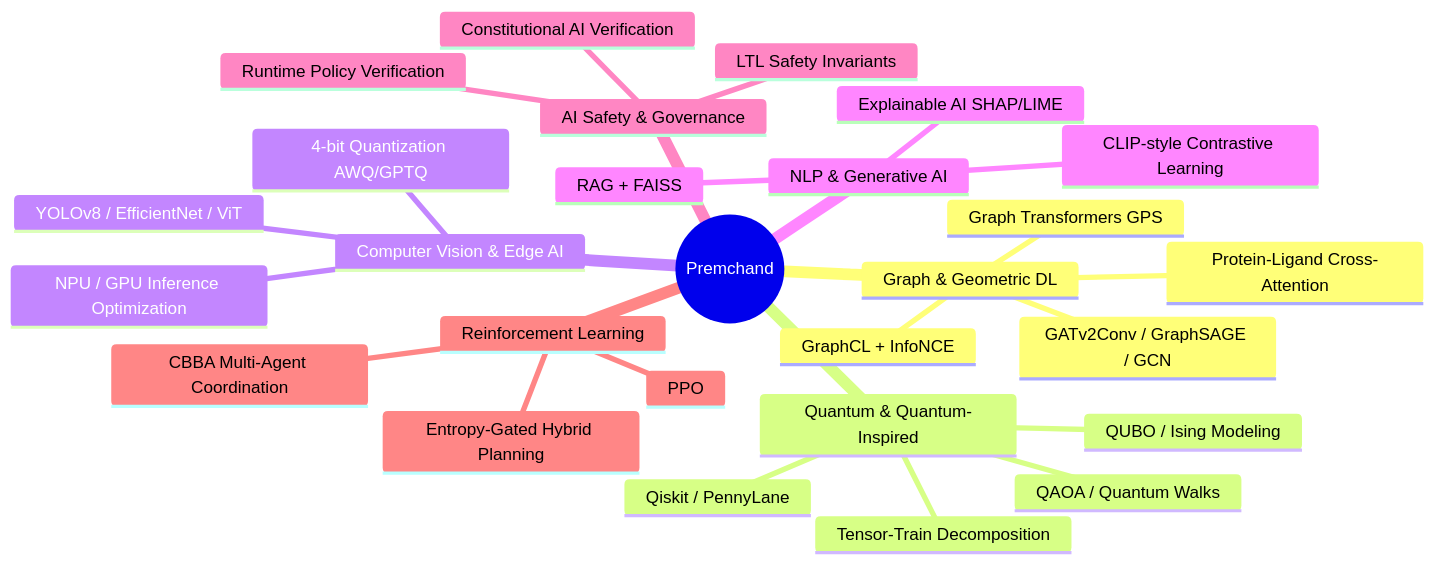
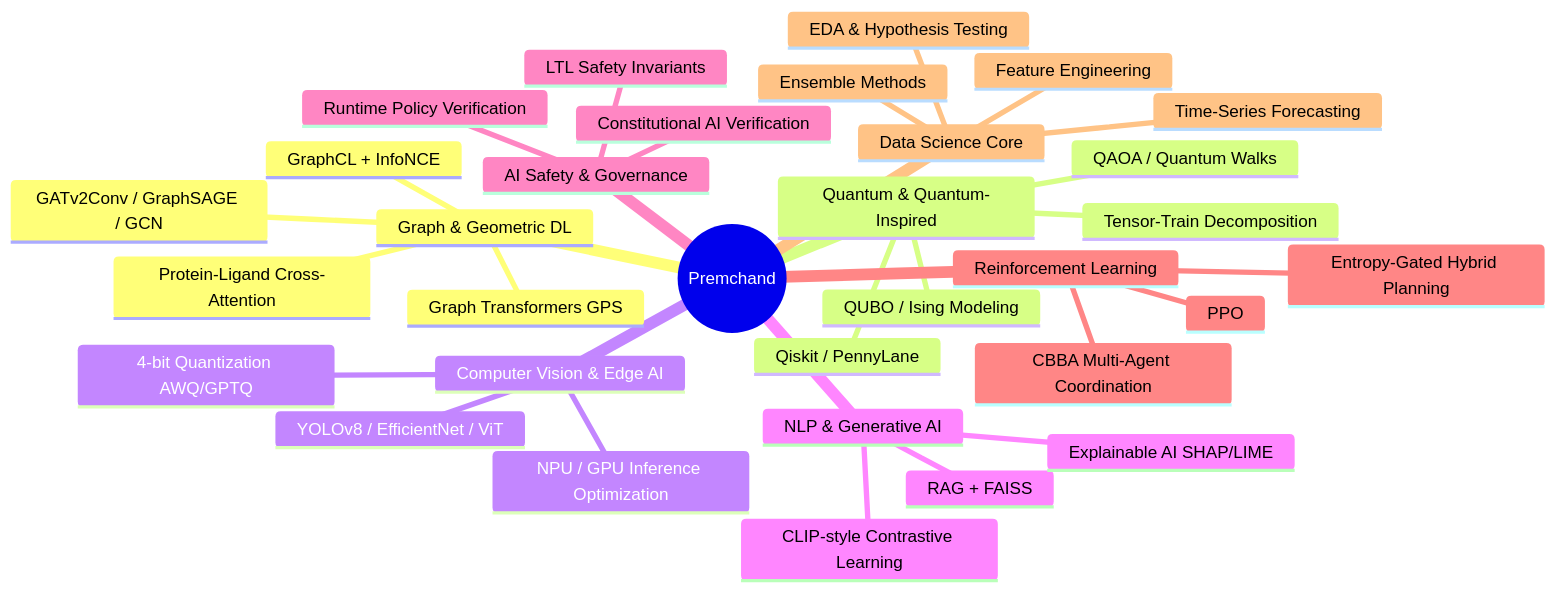
Before and after one commit to Premchandyadav369/Premchandyadav369: the first of 8 diagrams in README.md, drawn with Mermaid. The commit also changed other lines of this file, not shown here.

````diff
--- a/README.md
+++ b/README.md
@@ -77,30 +88,35 @@
 ```mermaid
 mindmap
   root((Premchand))
     Graph & Geometric DL
       GATv2Conv / GraphSAGE / GCN
       Graph Transformers GPS
       GraphCL + InfoNCE
       Protein-Ligand Cross-Attention
     Quantum & Quantum-Inspired
       QAOA / Quantum Walks
       QUBO / Ising Modeling
       Tensor-Train Decomposition
       Qiskit / PennyLane
     Computer Vision & Edge AI
       YOLOv8 / EfficientNet / ViT
       4-bit Quantization AWQ/GPTQ
       NPU / GPU Inference Optimization
     NLP & Generative AI
       RAG + FAISS
       CLIP-style Contrastive Learning
       Explainable AI SHAP/LIME
     AI Safety & Governance
       Constitutional AI Verification
       LTL Safety Invariants
       Runtime Policy Verification
     Reinforcement Learning
       PPO
       CBBA Multi-Agent Coordination
       Entropy-Gated Hybrid Planning
+    Data Science Core
+      EDA & Hypothesis Testing
+      Time-Series Forecasting
+      Feature Engineering
+      Ensemble Methods
 ```
````
